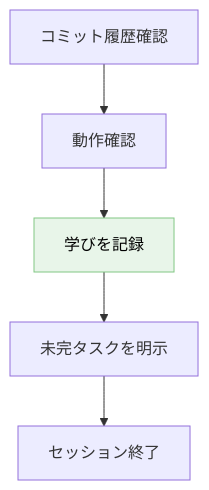
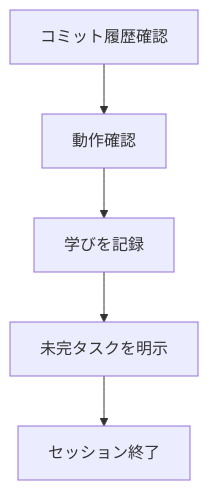
Before and after one commit to dinekt/dinekt-wiki: the fourth of 5 diagrams in docs/techniques/エージェントと協業する-1-日のワークフロー.md, drawn with Mermaid. The commit also changed other lines of this file and 70 other files, not shown here.

First line of the commit message:
fix(mermaid): strip all inline styling, rely on theme

````diff
--- a/docs/techniques/エージェントと協業する-1-日のワークフロー.md
+++ b/docs/techniques/エージェントと協業する-1-日のワークフロー.md
@@ -108,9 +100,8 @@
 ```mermaid
 flowchart TD
     R[コミット履歴確認] --> V[動作確認]
     V --> L[学びを記録]
     L --> T[未完タスクを明示]
     T --> S[セッション終了]
 
-    style L fill:#e8f5e9,stroke:#81c784,color:#000
 ```
````
